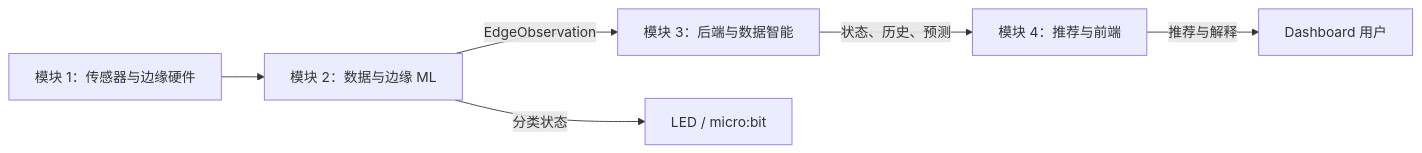
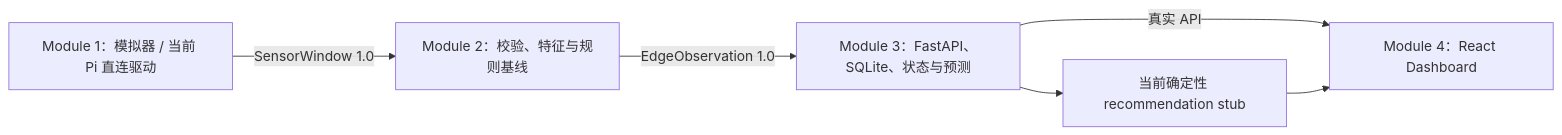
The diagram in README.md (Momoyo66c/privacy-preserving-study-space-advisor-public), drawn with Mermaid before and after one commit. The commit also changed other lines of this file, not shown here.

````diff
--- a/README.md
+++ b/README.md
@@ -16,8 +13,8 @@
 ```mermaid
 flowchart LR
-    S["模块 1：传感器与边缘硬件"] --> M["模块 2：数据与边缘 ML"]
-    M -->|"EdgeObservation"| B["模块 3：后端与数据智能"]
-    B -->|"状态、历史、预测"| R["模块 4：推荐与前端"]
-    R -->|"推荐与解释"| U["Dashboard 用户"]
-    M -->|"分类状态"| A["LED / micro:bit"]
+    H["Module 1：模拟器 / 当前 Pi 直连驱动"] -->|"SensorWindow 1.0"| M["Module 2：校验、特征与规则基线"]
+    M -->|"EdgeObservation 1.0"| B["Module 3：FastAPI、SQLite、状态与预测"]
+    B -->|"真实 API"| D["Module 4：React Dashboard"]
+    B --> S["当前确定性 recommendation stub"]
+    S --> D
 ```
````
